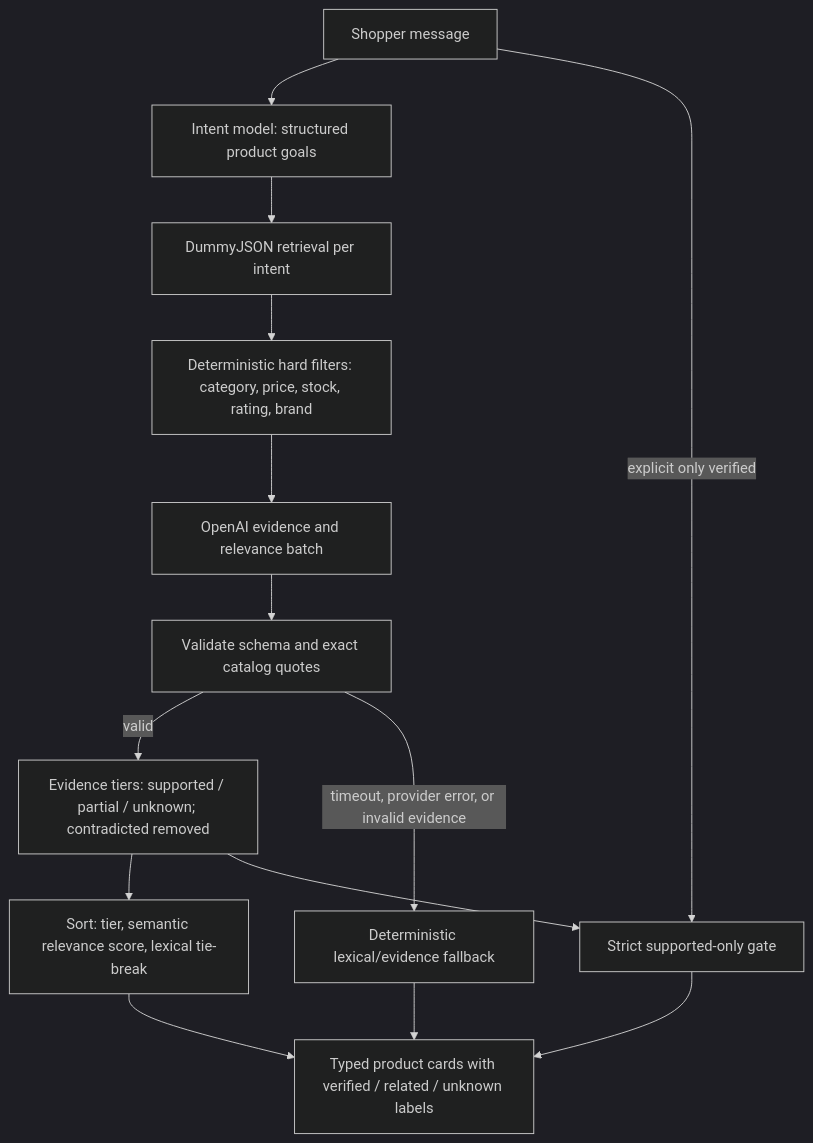
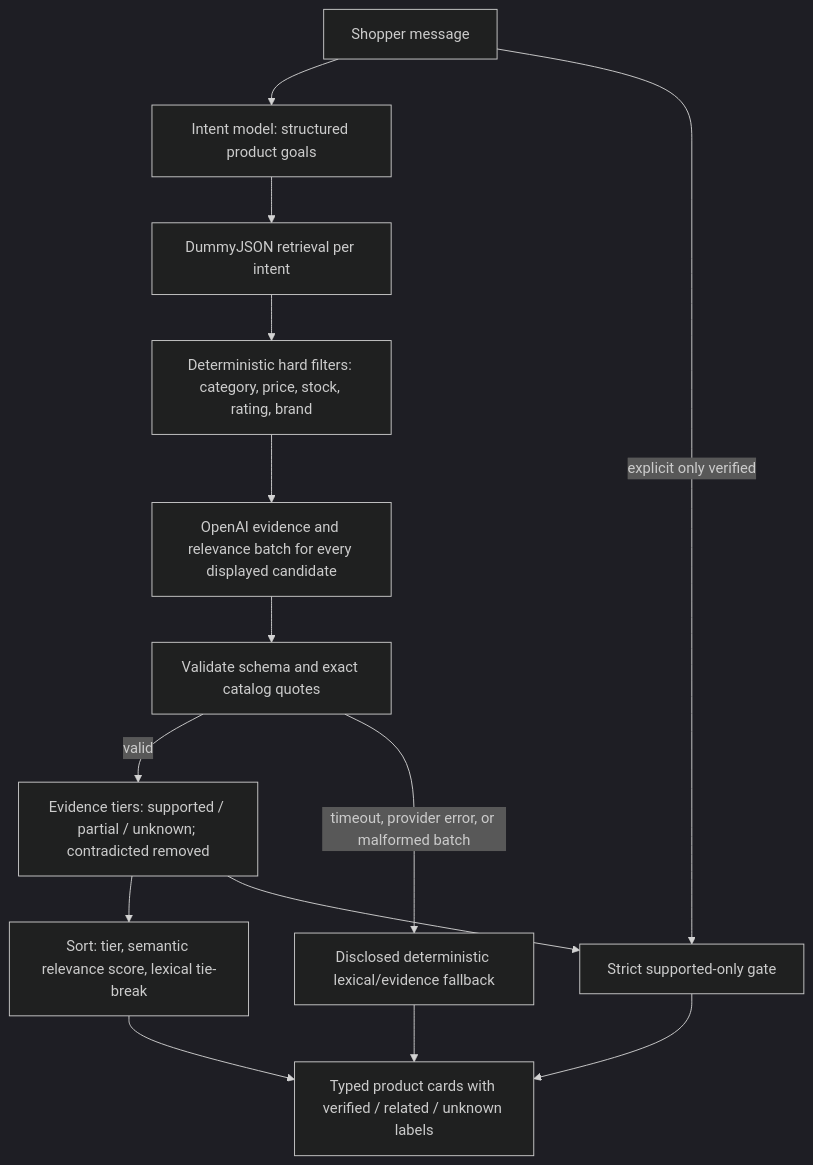
The diagram in README.md (MuliTu/AI-Agent-Commerce), drawn with Mermaid (dark theme) before and after one commit. The commit also changed other lines of this file and 20 other files, not shown here.

````diff
--- a/README.md
+++ b/README.md
@@ -59,16 +59,16 @@
 ```mermaid
 flowchart TD
   U[Shopper message] --> P[Intent model: structured product goals]
   P --> R[DummyJSON retrieval per intent]
   R --> H[Deterministic hard filters: category, price, stock, rating, brand]
-  H --> E[OpenAI evidence and relevance batch]
+  H --> E[OpenAI evidence and relevance batch for every displayed candidate]
   E --> V[Validate schema and exact catalog quotes]
   V -->|valid| T[Evidence tiers: supported / partial / unknown; contradicted removed]
   T --> S[Sort: tier, semantic relevance score, lexical tie-break]
   S --> D[Typed product cards with verified / related / unknown labels]
-  V -->|timeout, provider error, or invalid evidence| F[Deterministic lexical/evidence fallback]
+  V -->|timeout, provider error, or malformed batch| F[Disclosed deterministic lexical/evidence fallback]
   F --> D
   U -->|explicit only verified| X[Strict supported-only gate]
   T --> X
   X --> D
 ```
````
